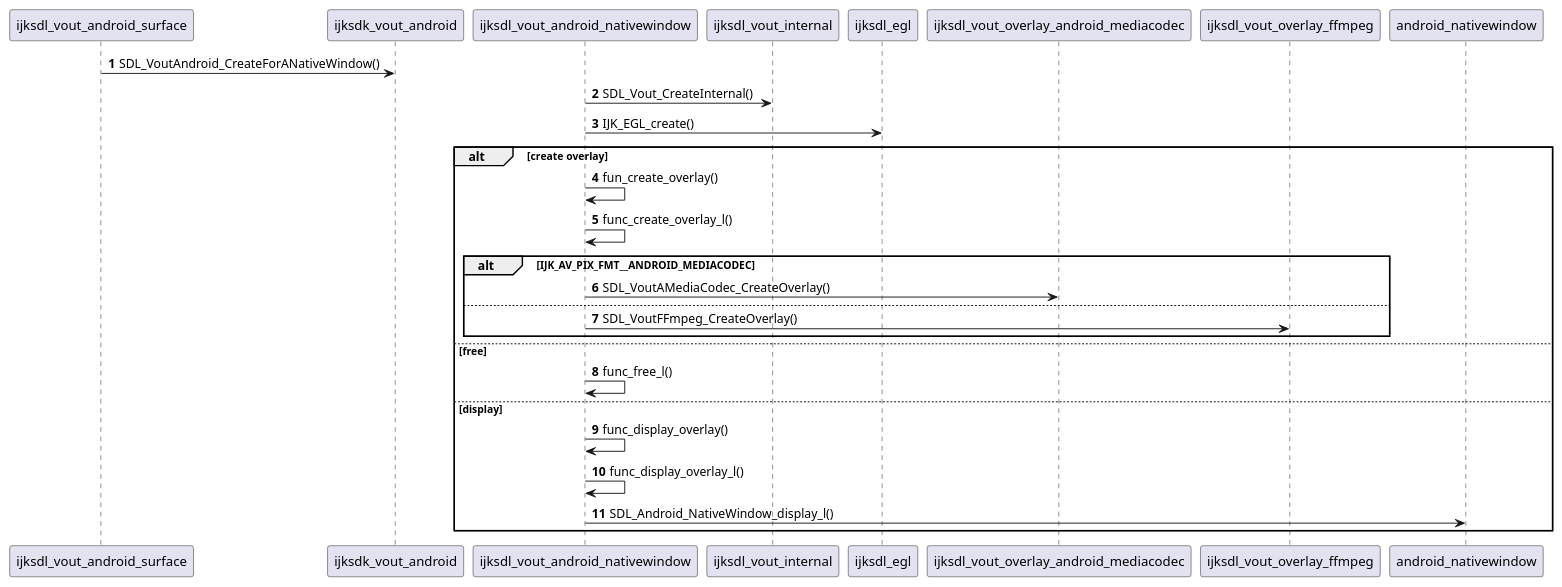
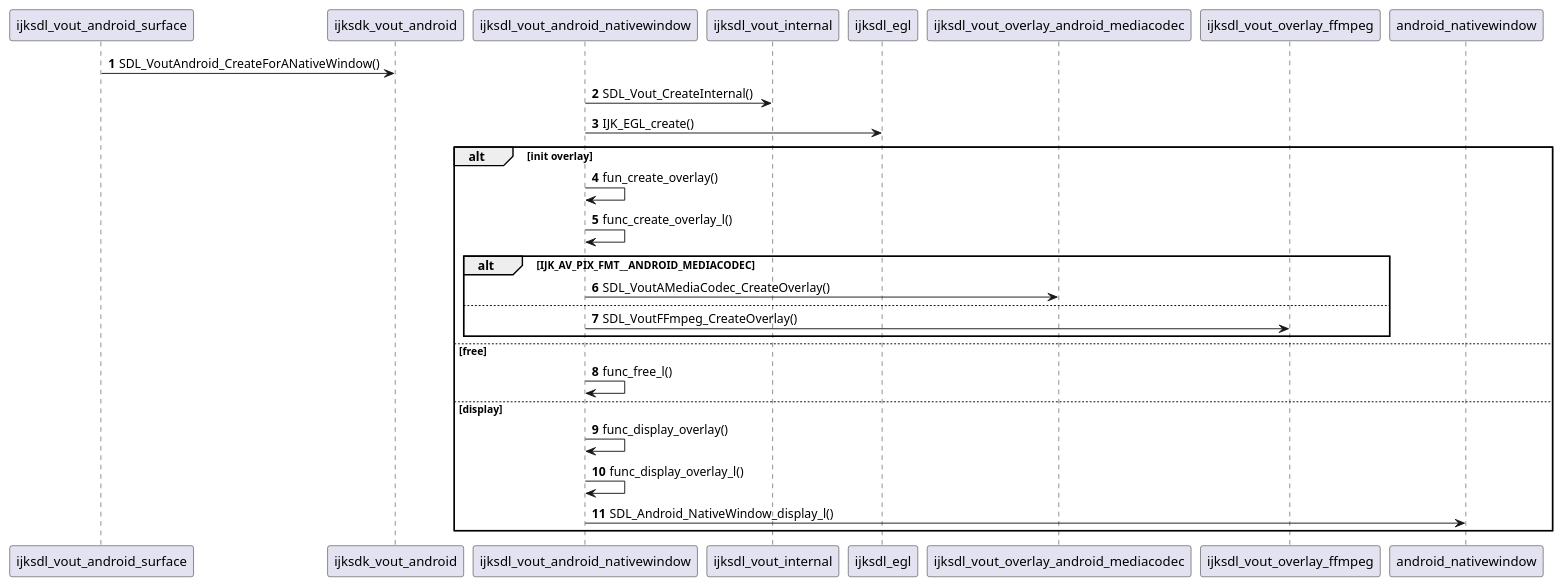
The diagram in example/splayer_android_example/doc/IjkPlayer/Sequence/ijkplayer_jni-setup-create-surface.puml (biezhihua/SMusic), drawn with PlantUML before and after one commit. The commit also changed 30 other files, not shown here.

```diff
--- a/example/splayer_android_example/doc/IjkPlayer/Sequence/ijkplayer_jni-setup-create-surface.puml
+++ b/example/splayer_android_example/doc/IjkPlayer/Sequence/ijkplayer_jni-setup-create-surface.puml
@@ -1,38 +1,38 @@
 @startuml
 autonumber
 
 ijksdl_vout_android_surface -> ijksdk_vout_android:SDL_VoutAndroid_CreateForANativeWindow()
 
 ijksdl_vout_android_nativewindow -> ijksdl_vout_internal:SDL_Vout_CreateInternal()
 
 ijksdl_vout_android_nativewindow -> ijksdl_egl:IJK_EGL_create()
 
-alt create overlay
+alt init overlay
 
     ijksdl_vout_android_nativewindow -> ijksdl_vout_android_nativewindow: fun_create_overlay()
 
     ijksdl_vout_android_nativewindow -> ijksdl_vout_android_nativewindow: func_create_overlay_l()
 
     alt IJK_AV_PIX_FMT__ANDROID_MEDIACODEC
         ijksdl_vout_android_nativewindow -> ijksdl_vout_overlay_android_mediacodec: SDL_VoutAMediaCodec_CreateOverlay()
     else
         ijksdl_vout_android_nativewindow -> ijksdl_vout_overlay_ffmpeg: SDL_VoutFFmpeg_CreateOverlay()
     end
 
 else free
 
     ijksdl_vout_android_nativewindow -> ijksdl_vout_android_nativewindow: func_free_l()
 
 else display
 
     ijksdl_vout_android_nativewindow -> ijksdl_vout_android_nativewindow: func_display_overlay()
 
     ijksdl_vout_android_nativewindow -> ijksdl_vout_android_nativewindow: func_display_overlay_l()
 
     ijksdl_vout_android_nativewindow -> android_nativewindow: SDL_Android_NativeWindow_display_l()
 
 end
 
 
 
 @enduml
```
